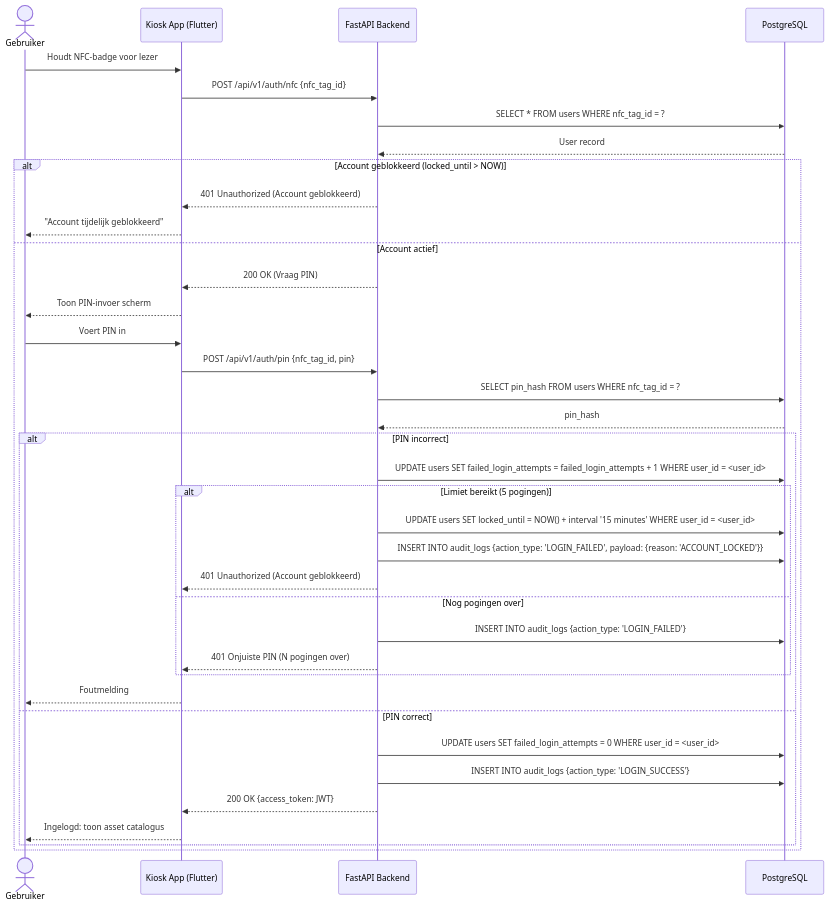
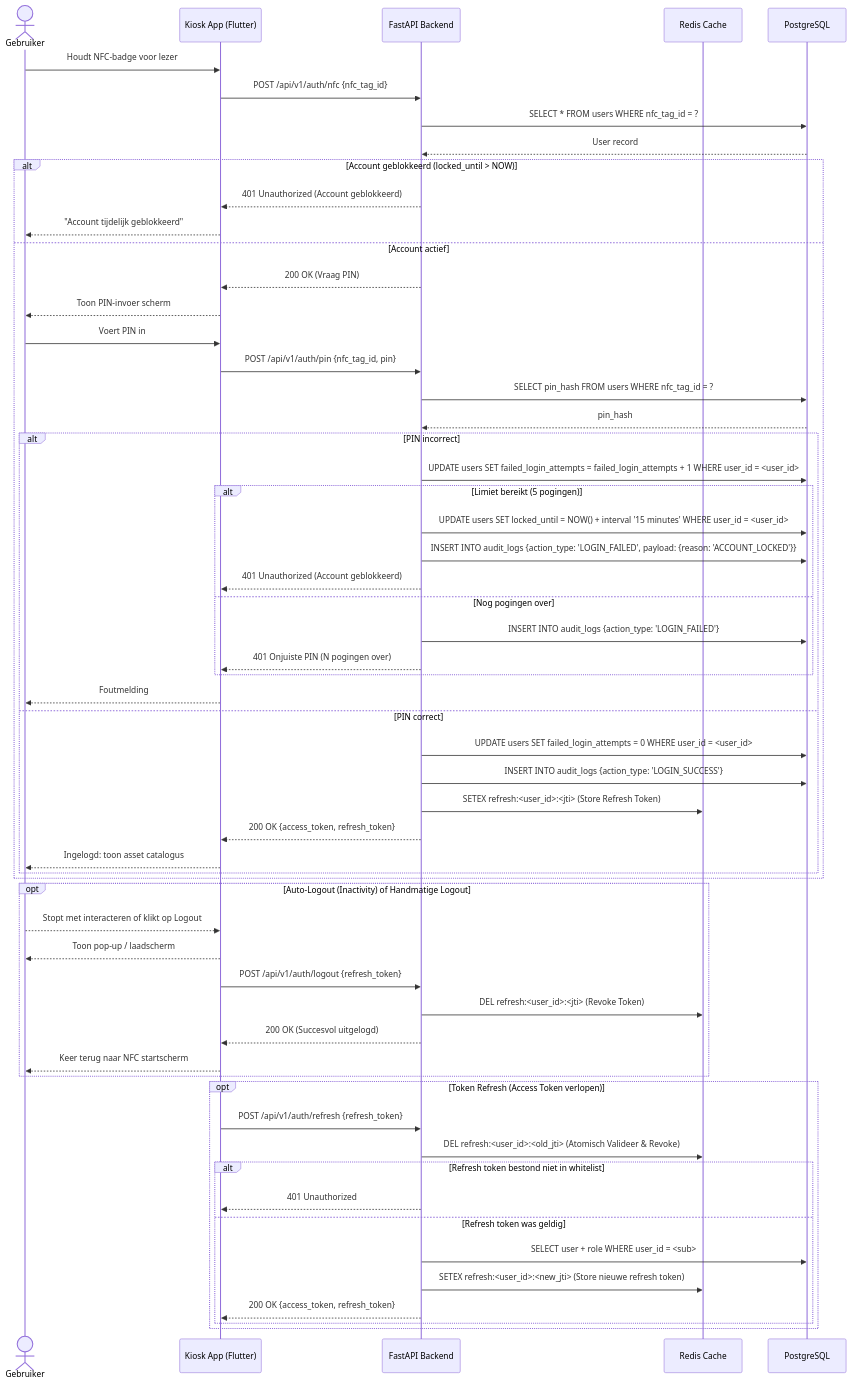
Before and after one commit to easylend-practice-enterprise/easylend: the diagram in docs/diagrams/sequence_auth.mmd, drawn with Mermaid. The commit also changed 12 other files, not shown here.

First line of the commit message:
Feat/elp 24 25 refresh tokens redis (#41)

```diff
--- a/docs/diagrams/sequence_auth.mmd
+++ b/docs/diagrams/sequence_auth.mmd
@@ -1,40 +1,64 @@
 sequenceDiagram
     actor User as Gebruiker
     participant App as Kiosk App (Flutter)
     participant API as FastAPI Backend
+    participant Redis as Redis Cache
     participant DB as PostgreSQL
 
     User->>App: Houdt NFC-badge voor lezer
     App->>API: POST /api/v1/auth/nfc {nfc_tag_id}
     API->>DB: SELECT * FROM users WHERE nfc_tag_id = ?
     DB-->>API: User record
 
     alt Account geblokkeerd (locked_until > NOW)
         API-->>App: 401 Unauthorized (Account geblokkeerd)
         App-->>User: "Account tijdelijk geblokkeerd"
     else Account actief
         API-->>App: 200 OK (Vraag PIN)
         App-->>User: Toon PIN-invoer scherm
         User->>App: Voert PIN in
         App->>API: POST /api/v1/auth/pin {nfc_tag_id, pin}
         API->>DB: SELECT pin_hash FROM users WHERE nfc_tag_id = ?
         DB-->>API: pin_hash
 
         alt PIN incorrect
             API->>DB: UPDATE users SET failed_login_attempts = failed_login_attempts + 1 WHERE user_id = <user_id>
             alt Limiet bereikt (5 pogingen)
                 API->>DB: UPDATE users SET locked_until = NOW() + interval '15 minutes' WHERE user_id = <user_id>
                 API->>DB: INSERT INTO audit_logs {action_type: 'LOGIN_FAILED', payload: {reason: 'ACCOUNT_LOCKED'}}
                 API-->>App: 401 Unauthorized (Account geblokkeerd)
             else Nog pogingen over
                 API->>DB: INSERT INTO audit_logs {action_type: 'LOGIN_FAILED'}
                 API-->>App: 401 Onjuiste PIN (N pogingen over)
             end
             App-->>User: Foutmelding
         else PIN correct
             API->>DB: UPDATE users SET failed_login_attempts = 0 WHERE user_id = <user_id>
             API->>DB: INSERT INTO audit_logs {action_type: 'LOGIN_SUCCESS'}
-            API-->>App: 200 OK {access_token: JWT}
+            API->>Redis: SETEX refresh:<user_id>:<jti> (Store Refresh Token)
+            API-->>App: 200 OK {access_token, refresh_token}
             App-->>User: Ingelogd: toon asset catalogus
         end
     end
+
+    opt Auto-Logout (Inactivity) of Handmatige Logout
+        User-->>App: Stopt met interacteren of klikt op Logout
+        App-->>User: Toon pop-up / laadscherm
+        App->>API: POST /api/v1/auth/logout {refresh_token}
+        API->>Redis: DEL refresh:<user_id>:<jti> (Revoke Token)
+        API-->>App: 200 OK (Succesvol uitgelogd)
+        App-->>User: Keer terug naar NFC startscherm
+    end
+
+    opt Token Refresh (Access Token verlopen)
+        App->>API: POST /api/v1/auth/refresh {refresh_token}
+        API->>Redis: DEL refresh:<user_id>:<old_jti> (Atomisch Valideer & Revoke)
+
+        alt Refresh token bestond niet in whitelist
+            API-->>App: 401 Unauthorized
+        else Refresh token was geldig
+            API->>DB: SELECT user + role WHERE user_id = <sub>
+            API->>Redis: SETEX refresh:<user_id>:<new_jti> (Store nieuwe refresh token)
+            API-->>App: 200 OK {access_token, refresh_token}
+        end
+    end
```
